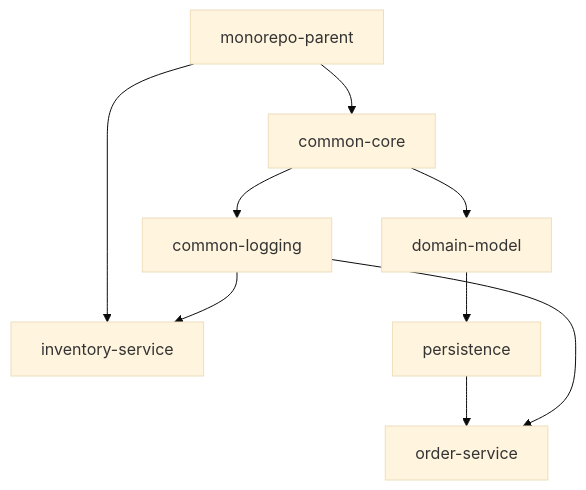
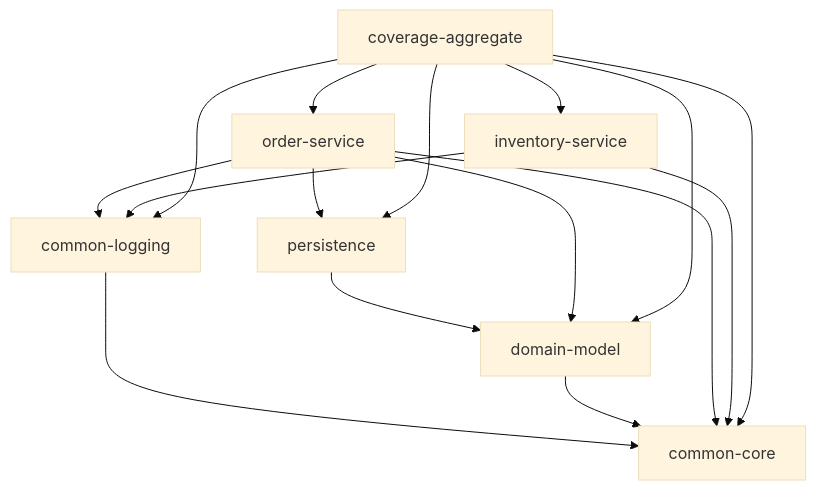
The diagram in docs/ARCHITECTURE.md (bhuvan-it/java-monorepo), drawn with Mermaid (base theme) before and after one commit. The commit also changed other lines of this file and 15 other files, not shown here.

Commit message:
fix: complete Round-5 full-surface remediation (R1-R6 Java 21 Enforcer, coverage-aggregate POM packaging, Spring Boot exec classifier, Mermaid diagram correction, AssertJ test standardization, wildcard import removal, GitHub Actions SHA pinning, Dependabot, CycloneDX SBOM, LICENSE, CONTRIBUTING.md)

````diff
--- a/docs/ARCHITECTURE.md
+++ b/docs/ARCHITECTURE.md
@@ -9,11 +12,21 @@
 ```mermaid
 graph TD
-    monorepo-parent --> common-core
-    monorepo-parent --> inventory-service
-    common-core --> common-logging
-    common-core --> domain-model
-    domain-model --> persistence
-    persistence --> order-service
-    common-logging --> order-service
-    common-logging --> inventory-service
+    common-logging --> common-core
+    domain-model --> common-core
+    persistence --> domain-model
+
+    order-service --> common-core
+    order-service --> common-logging
+    order-service --> domain-model
+    order-service --> persistence
+
+    inventory-service --> common-core
+    inventory-service --> common-logging
+
+    coverage-aggregate --> common-core
+    coverage-aggregate --> common-logging
+    coverage-aggregate --> domain-model
+    coverage-aggregate --> persistence
+    coverage-aggregate --> order-service
+    coverage-aggregate --> inventory-service
 ```
````
